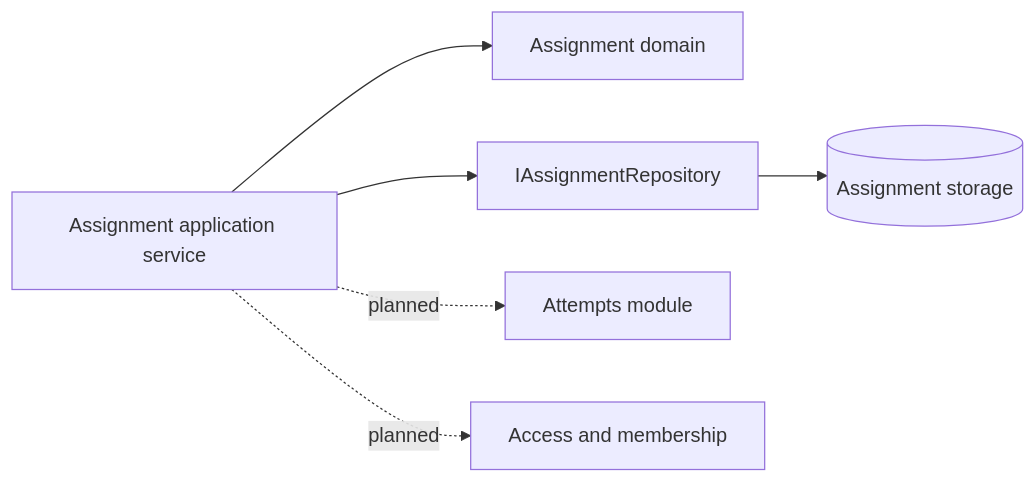
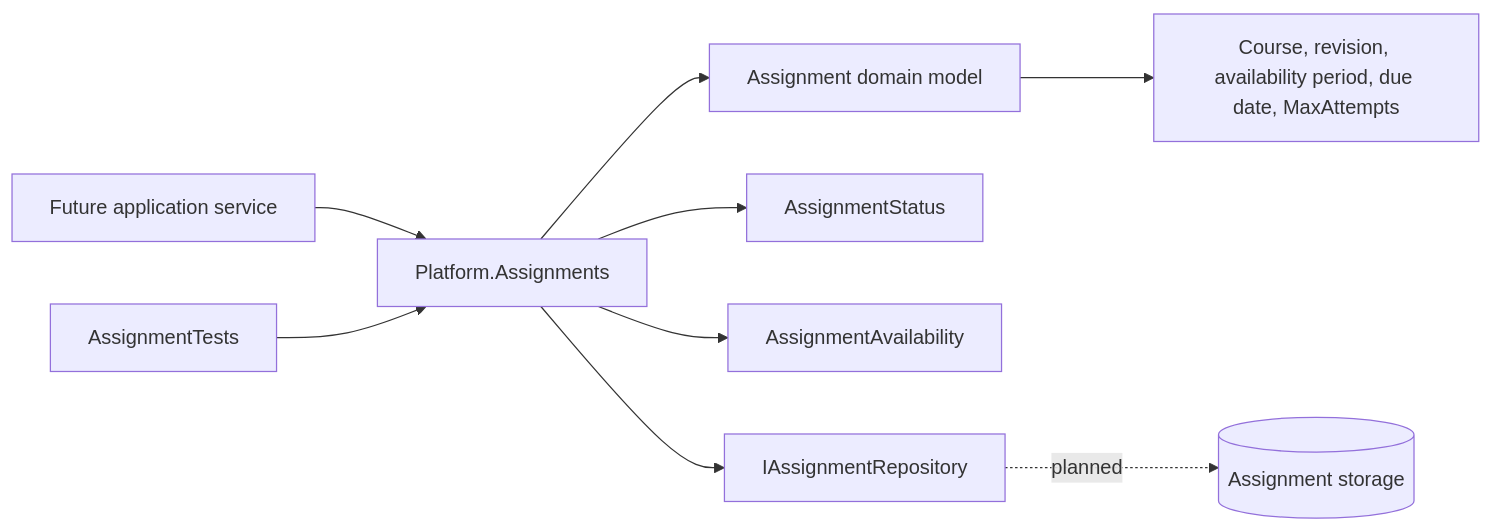
The first of 2 diagrams in docs/components/ASN-04-ASN06-15.md (owlCoder/security-lab), drawn with Mermaid before and after one commit. The commit also changed other lines of this file, not shown here.

````diff
--- a/docs/components/ASN-04-ASN06-15.md
+++ b/docs/components/ASN-04-ASN06-15.md
@@ -21,8 +22,14 @@
 ```mermaid
 flowchart LR
-  API[Assignment application service] --> DOMAIN[Assignment domain]
-  API --> REPO[IAssignmentRepository]
-  REPO --> STORE[(Assignment storage)]
-  API -. planned .-> ATT[Attempts module]
-  API -. planned .-> ACC[Access and membership]
+  APP[Future application service] --> MODULE[Platform.Assignments]
+
+  MODULE --> MODEL[Assignment domain model]
+  MODULE --> STATUS[AssignmentStatus]
+  MODULE --> AVAILABILITY[AssignmentAvailability]
+  MODULE --> REPOSITORY[IAssignmentRepository]
+
+  MODEL --> DATA[Course, revision, availability period, due date, MaxAttempts]
+  REPOSITORY -. planned .-> STORE[(Assignment storage)]
+
+  TESTS[AssignmentTests] --> MODULE
 ```
````
